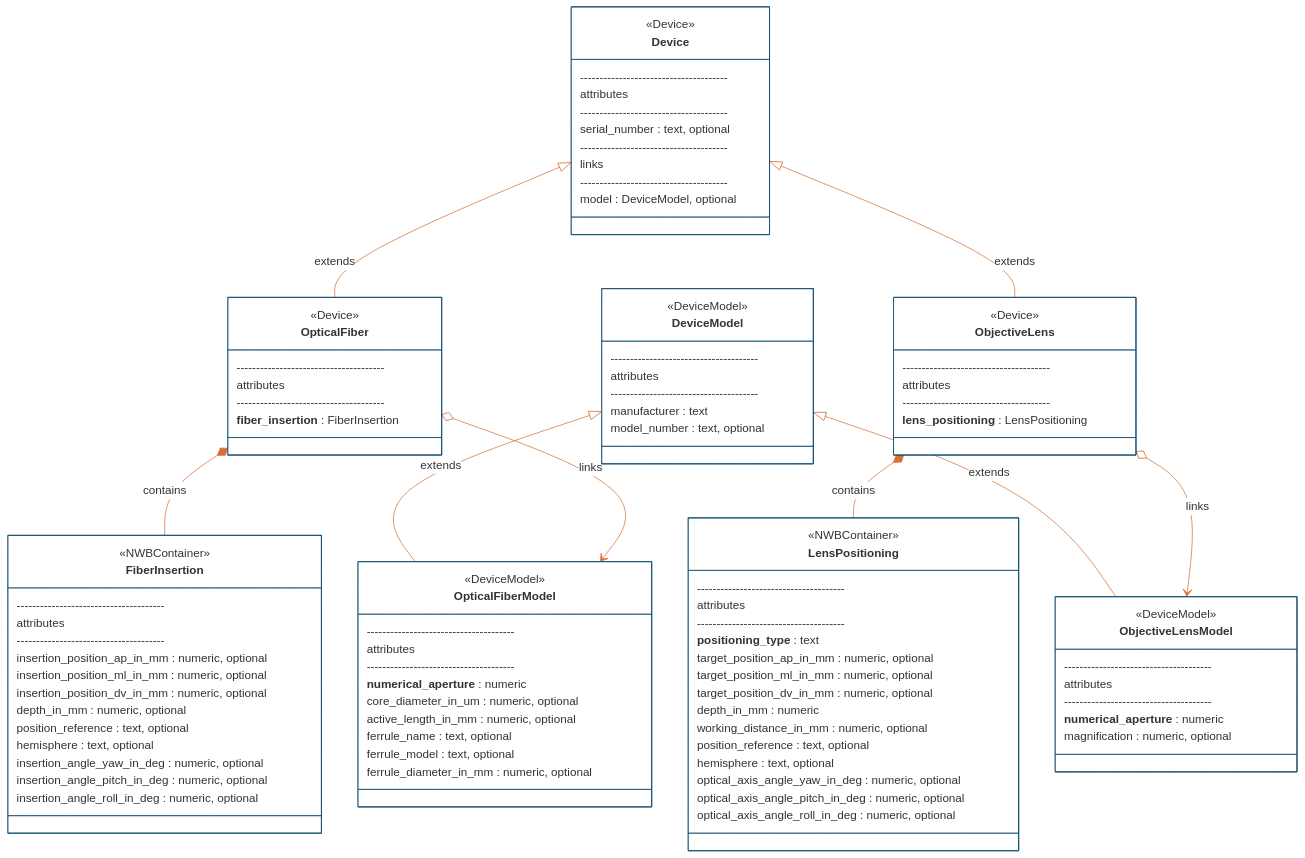
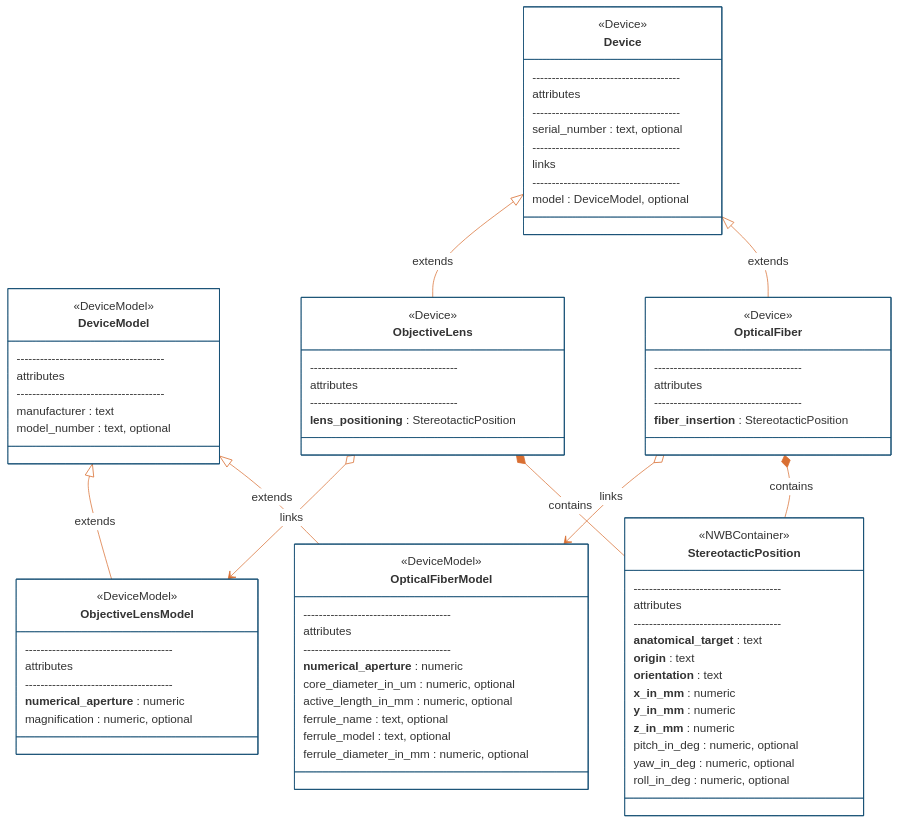
One commit to catalystneuro/ndx-ophys-devices changed the third of 4 diagrams in README.md. Above: the diagram before and after it, drawn with Mermaid. The commit also changed other lines of this file and 3 other files, not shown here.

````diff
--- a/README.md
+++ b/README.md
@@ -499,20 +508,20 @@
         model : DeviceModel, optional
     }
     
-    class FiberInsertion{
+    class StereotacticPosition{
         <<NWBContainer>>
         --------------------------------------
         attributes
         --------------------------------------
-        insertion_position_ap_in_mm : numeric, optional
-        insertion_position_ml_in_mm : numeric, optional
-        insertion_position_dv_in_mm : numeric, optional
-        depth_in_mm : numeric, optional
-        position_reference : text, optional
-        hemisphere : text, optional
-        insertion_angle_yaw_in_deg : numeric, optional
-        insertion_angle_pitch_in_deg : numeric, optional
-        insertion_angle_roll_in_deg : numeric, optional
+        **anatomical_target** : text
+        **origin** : text
+        **orientation** : text
+        **x_in_mm** : numeric
+        **y_in_mm** : numeric
+        **z_in_mm** : numeric
+        pitch_in_deg : numeric, optional
+        yaw_in_deg : numeric, optional
+        roll_in_deg : numeric, optional
     }
 
      class OpticalFiberModel{
@@ -533,25 +542,7 @@
         --------------------------------------
         attributes
         --------------------------------------
-        **fiber_insertion** : FiberInsertion
-    }
-    
-    class LensPositioning{
-        <<NWBContainer>>
-        --------------------------------------
-        attributes
-        --------------------------------------
-        **positioning_type** : text
-        target_position_ap_in_mm : numeric, optional
-        target_position_ml_in_mm : numeric, optional
-        target_position_dv_in_mm : numeric, optional
-        depth_in_mm : numeric
-        working_distance_in_mm : numeric, optional
-        position_reference : text, optional
-        hemisphere : text, optional
-        optical_axis_angle_yaw_in_deg : numeric, optional
-        optical_axis_angle_pitch_in_deg : numeric, optional
-        optical_axis_angle_roll_in_deg : numeric, optional
+        **fiber_insertion** : StereotacticPosition
     }
 
     class ObjectiveLensModel{
@@ -568,16 +559,16 @@
         --------------------------------------
         attributes
         --------------------------------------
-        **lens_positioning** : LensPositioning
+        **lens_positioning** : StereotacticPosition
     }
 
     DeviceModel <|-- OpticalFiberModel : extends
     Device <|-- OpticalFiber : extends
-    OpticalFiber *-- FiberInsertion : contains
+    OpticalFiber *-- StereotacticPosition : contains
     OpticalFiber o--> OpticalFiberModel : links
 
     DeviceModel <|-- ObjectiveLensModel : extends
     Device <|-- ObjectiveLens : extends
-    ObjectiveLens *-- LensPositioning : contains
+    ObjectiveLens *-- StereotacticPosition : contains
     ObjectiveLens o--> ObjectiveLensModel : links
 ```
````
